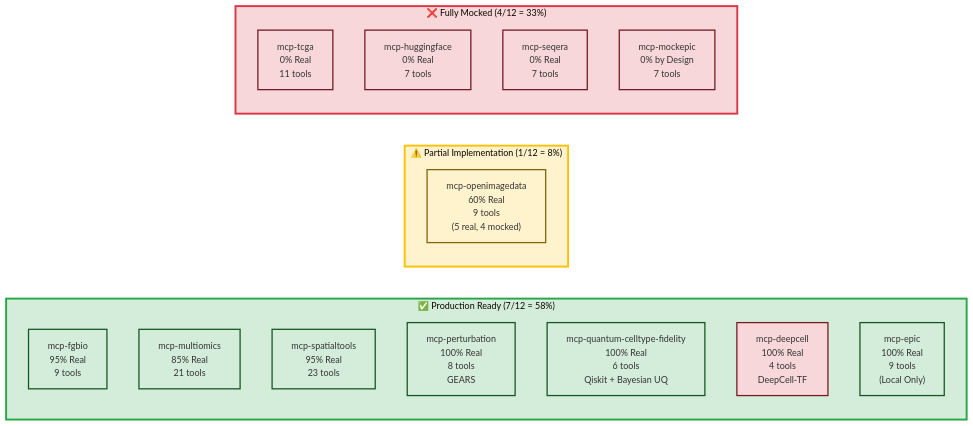
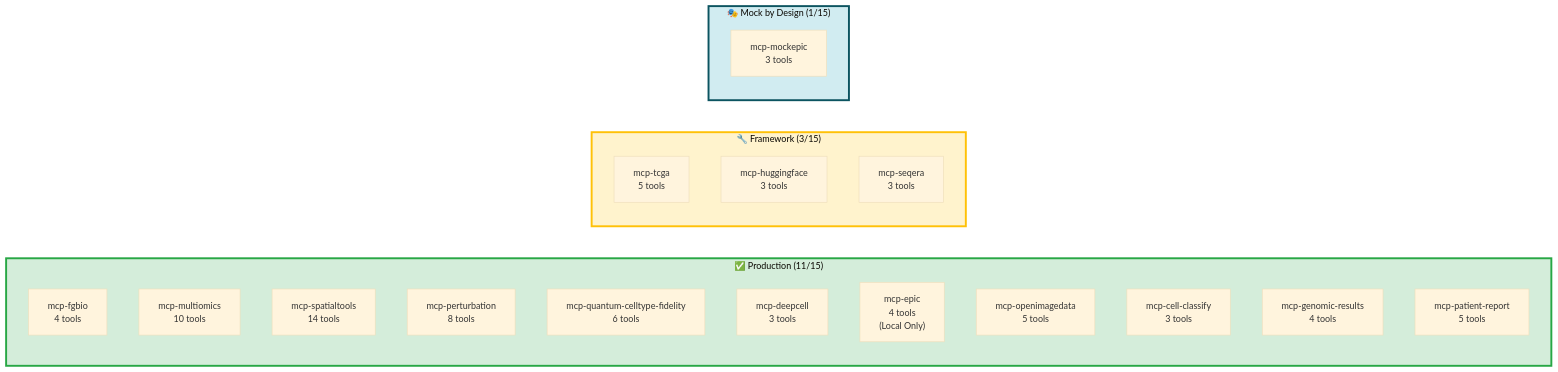
The diagram in docs/reference/archive/2025-q3-q4/servers.md (raymond301/precision-medicine-mcp), drawn with Mermaid before and after one commit. The commit also changed other lines of this file and 8 other files, not shown here.

Commit message:
sync diagrams

````diff
--- a/docs/reference/archive/2025-q3-q4/servers.md
+++ b/docs/reference/archive/2025-q3-q4/servers.md
@@ -46,46 +48,34 @@
 ```mermaid
 %%{init: {'theme':'base', 'themeVariables': {'fontSize':'14px'}}}%%
 graph LR
-    subgraph Production["✅ Production Ready (7/12 = 58%)"]
+    subgraph Production["✅ Production (11/15)"]
         direction TB
-        FGBIO["mcp-fgbio<br/>95% Real<br/>9 tools"]
-        MULTI["mcp-multiomics<br/>85% Real<br/>21 tools"]
-        SPATIAL["mcp-spatialtools<br/>95% Real<br/>23 tools"]
-        PERTURB["mcp-perturbation<br/>100% Real<br/>8 tools<br/>GEARS"]
-        QUANTUM["mcp-quantum-celltype-fidelity<br/>100% Real<br/>6 tools<br/>Qiskit + Bayesian UQ"]
-        DEEP["mcp-deepcell<br/>100% Real<br/>4 tools<br/>DeepCell-TF"]
-        EPIC["mcp-epic<br/>100% Real<br/>9 tools<br/>(Local Only)"]
+        FGBIO["mcp-fgbio<br/>4 tools"]
+        MULTI["mcp-multiomics<br/>10 tools"]
+        SPATIAL["mcp-spatialtools<br/>14 tools"]
+        PERTURB["mcp-perturbation<br/>8 tools"]
+        QUANTUM["mcp-quantum-celltype-fidelity<br/>6 tools"]
+        DEEP["mcp-deepcell<br/>3 tools"]
+        EPIC["mcp-epic<br/>4 tools<br/>(Local Only)"]
+        IMAGE["mcp-openimagedata<br/>5 tools"]
+        CELLCLASS["mcp-cell-classify<br/>3 tools"]
+        GENOMICRES["mcp-genomic-results<br/>4 tools"]
+        PATREPORT["mcp-patient-report<br/>5 tools"]
     end
 
-    subgraph Partial["⚠️ Partial Implementation (1/12 = 8%)"]
+    subgraph Framework["🔧 Framework (3/15)"]
         direction TB
-        IMAGE["mcp-openimagedata<br/>60% Real<br/>9 tools<br/>(5 real, 4 mocked)"]
+        TCGA["mcp-tcga<br/>5 tools"]
+        HF["mcp-huggingface<br/>3 tools"]
+        SEQ["mcp-seqera<br/>3 tools"]
     end
 
-    subgraph Mocked["❌ Fully Mocked (4/12 = 33%)"]
+    subgraph MockDesign["🎭 Mock by Design (1/15)"]
         direction TB
-        TCGA["mcp-tcga<br/>0% Real<br/>11 tools"]
-        HF["mcp-huggingface<br/>0% Real<br/>7 tools"]
-        SEQ["mcp-seqera<br/>0% Real<br/>7 tools"]
-        MOCK["mcp-mockepic<br/>0% by Design<br/>7 tools"]
+        MOCK["mcp-mockepic<br/>3 tools"]
     end
 
     style Production fill:#d4edda,stroke:#28a745,stroke-width:3px
-    style Partial fill:#fff3cd,stroke:#ffc107,stroke-width:3px
-    style Mocked fill:#f8d7da,stroke:#dc3545,stroke-width:3px
-
-    style FGBIO fill:#d4edda,stroke:#155724,stroke-width:2px
-    style MULTI fill:#d4edda,stroke:#155724,stroke-width:2px
-    style SPATIAL fill:#d4edda,stroke:#155724,stroke-width:2px
-    style PERTURB fill:#d4edda,stroke:#155724,stroke-width:2px
-    style QUANTUM fill:#d4edda,stroke:#155724,stroke-width:2px
-    style EPIC fill:#d4edda,stroke:#155724,stroke-width:2px
-
-    style IMAGE fill:#fff3cd,stroke:#856404,stroke-width:2px
-
-    style TCGA fill:#f8d7da,stroke:#721c24,stroke-width:2px
-    style DEEP fill:#f8d7da,stroke:#721c24,stroke-width:2px
-    style HF fill:#f8d7da,stroke:#721c24,stroke-width:2px
-    style SEQ fill:#f8d7da,stroke:#721c24,stroke-width:2px
-    style MOCK fill:#f8d7da,stroke:#721c24,stroke-width:2px
+    style Framework fill:#fff3cd,stroke:#ffc107,stroke-width:3px
+    style MockDesign fill:#d1ecf1,stroke:#0c5460,stroke-width:3px
 ```
````
